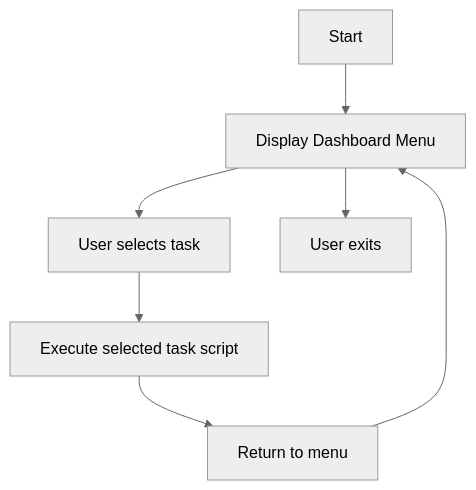
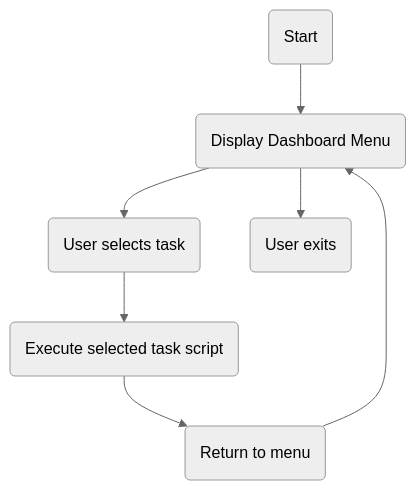
Before and after one commit to J-Moessmer/Linux-commands-and-scripts: the diagram in regex-task-manager/README.md, drawn with Mermaid (neutral theme). The commit also changed other lines of this file, not shown here.

Commit message:
docs: create README.md for Regex Task Manager project documentation

````diff
--- a/regex-task-manager/README.md
+++ b/regex-task-manager/README.md
@@ -46,9 +46,15 @@
 ```mermaid
 graph TD
-    start["Start"] --> menu["Display Dashboard Menu"]
-    menu --> select["User selects task"]
-    select --> exec["Execute selected task script"]
-    exec --> back["Return to menu"]
+    start("Start")
+    menu("Display Dashboard Menu")
+    select("User selects task")
+    exec("Execute selected task script")
+    back("Return to menu")
+    exit("User exits")
+    start --> menu
+    menu --> select
+    select --> exec
+    exec --> back
     back --> menu
-    menu --> exit["User exits"]
+    menu --> exit
 ```
````
